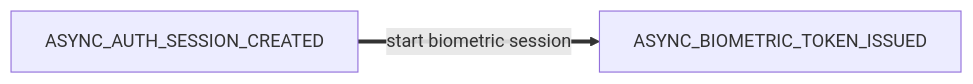
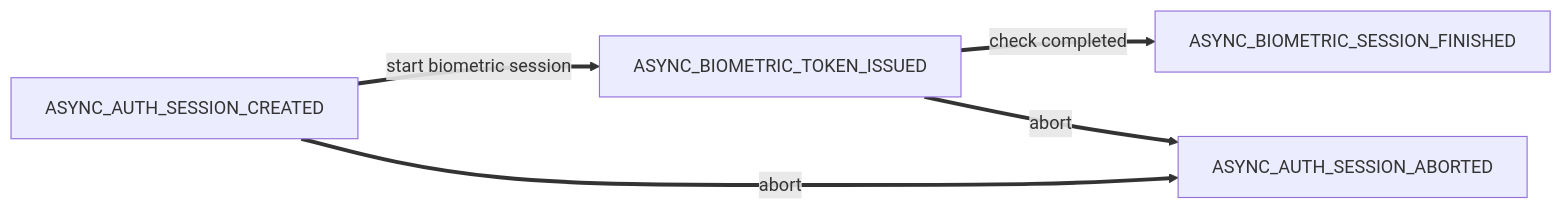
The diagram in backend-api/docs/sessionStateMachine.md (govuk-one-login/mobile-id-check-async), drawn with Mermaid before and after one commit. The commit also changed 14 other files, not shown here.

Commit message:
DCMAW-11235: AbortSession - Update Session State in Dynamo (#529)

````diff
--- a/backend-api/docs/sessionStateMachine.md
+++ b/backend-api/docs/sessionStateMachine.md
@@ -5,4 +5,8 @@
 ```mermaid
 flowchart LR
     ASYNC_AUTH_SESSION_CREATED == start biometric session ==> ASYNC_BIOMETRIC_TOKEN_ISSUED
+    ASYNC_AUTH_SESSION_CREATED == abort ==> ASYNC_AUTH_SESSION_ABORTED
+    
+    ASYNC_BIOMETRIC_TOKEN_ISSUED == check completed ==> ASYNC_BIOMETRIC_SESSION_FINISHED 
+    ASYNC_BIOMETRIC_TOKEN_ISSUED == abort ==> ASYNC_AUTH_SESSION_ABORTED
 ```
````
